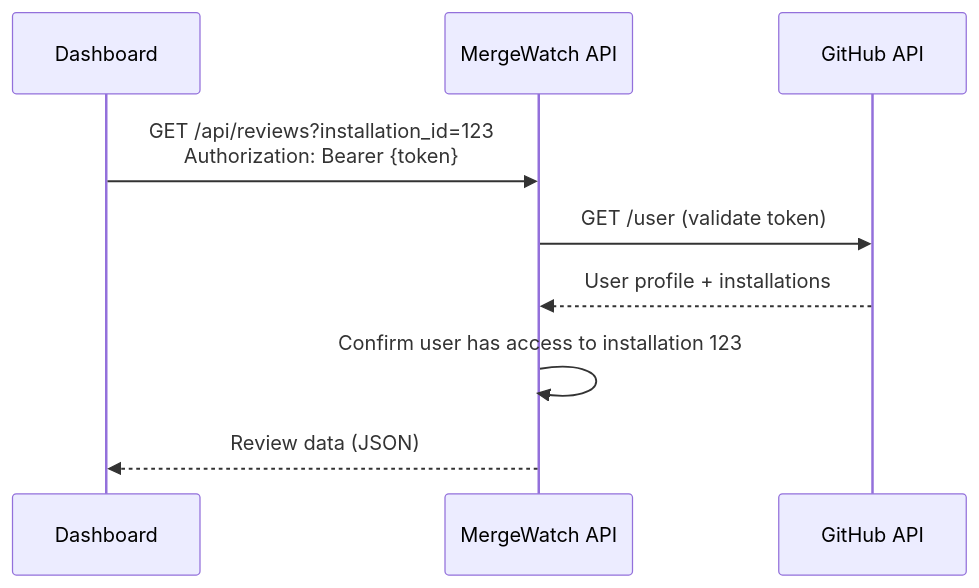
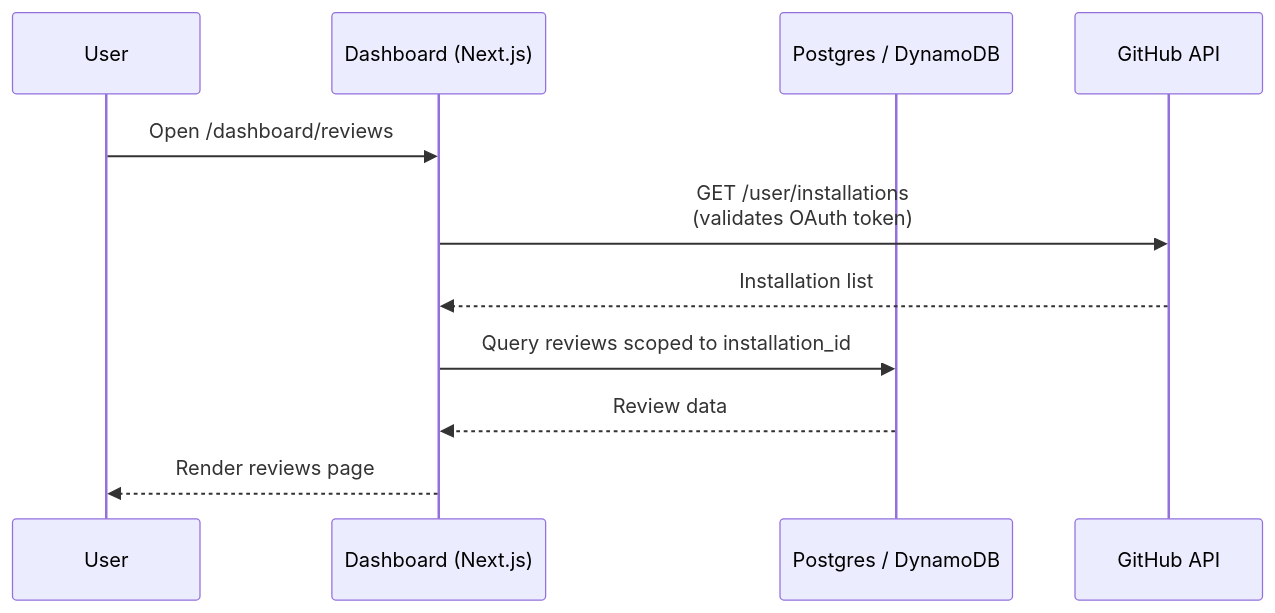
The second of 2 diagrams in dashboard/deployment.mdx (santthosh/documentation), drawn with Mermaid before and after one commit. The commit also changed other lines of this file and 11 other files, not shown here.

````diff
--- a/dashboard/deployment.mdx
+++ b/dashboard/deployment.mdx
@@ -232,12 +237,14 @@
 ```mermaid
 sequenceDiagram
-    participant Dash as Dashboard
-    participant API as MergeWatch API
+    participant User
+    participant Dash as Dashboard (Next.js)
+    participant Store as Postgres / DynamoDB
     participant GH as GitHub API
 
-    Dash->>API: GET /api/reviews?installation_id=123<br/>Authorization: Bearer {token}
-    API->>GH: GET /user (validate token)
-    GH-->>API: User profile + installations
-    API->>API: Confirm user has access to installation 123
-    API-->>Dash: Review data (JSON)
+    User->>Dash: Open /dashboard/reviews
+    Dash->>GH: GET /user/installations<br/>(validates OAuth token)
+    GH-->>Dash: Installation list
+    Dash->>Store: Query reviews scoped to installation_id
+    Store-->>Dash: Review data
+    Dash-->>User: Render reviews page
 ```
````
